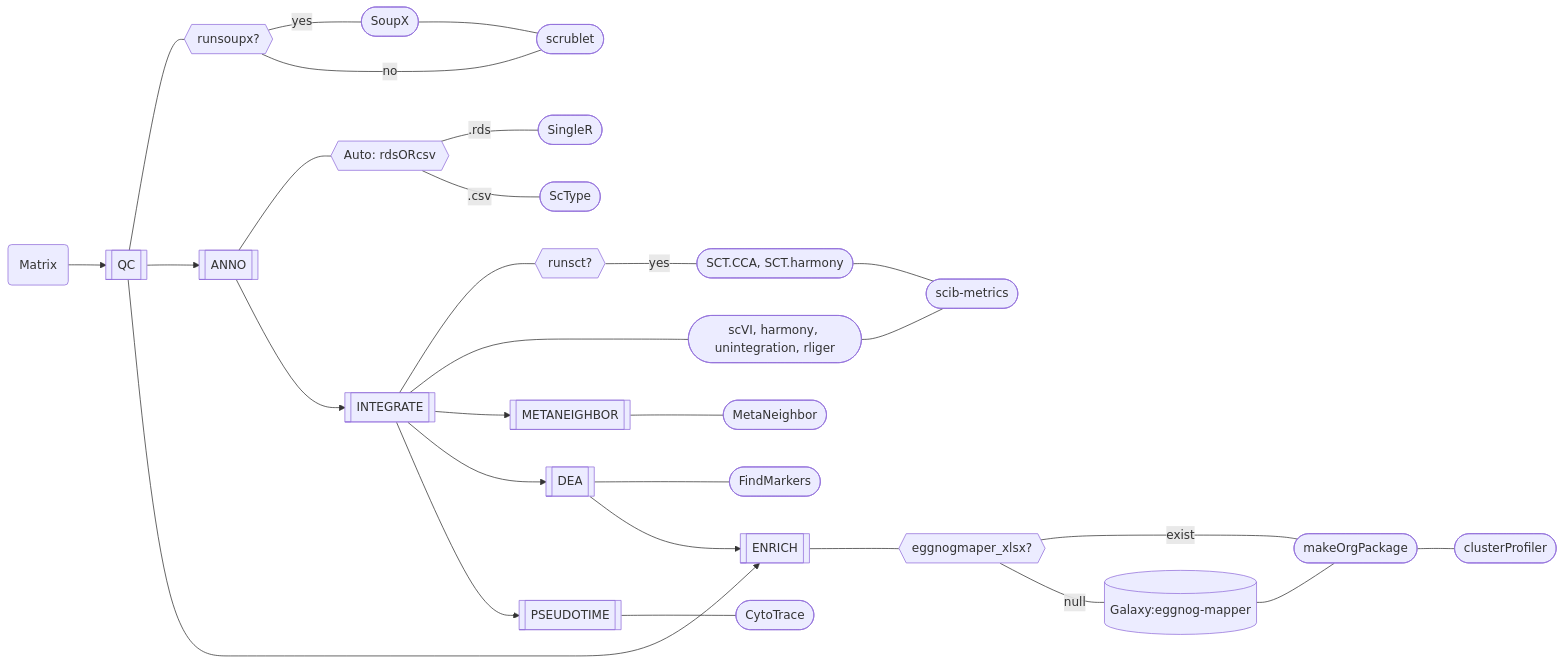
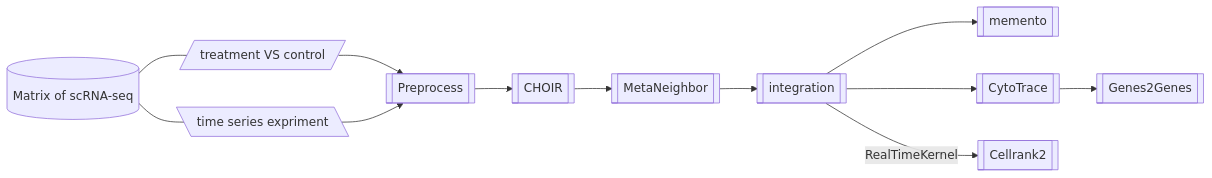
The diagram in README.md (ydgenomics/scLine), drawn with Mermaid before and after one commit. The commit also changed other lines of this file and 3 other files, not shown here.

````diff
--- a/README.md
+++ b/README.md
@@ -83,21 +48,12 @@
 ```mermaid
 flowchart LR
-0(Matrix) --> 1[[QC]]
-1 --- 1.1{{runsoupx?}}
-1.1 ---|yes| 1.2([SoupX]) --- 1.3([scrublet])
-1.1 ---|no| 1.3
-1 --> 2[[ANNO]]
-1 --> 6[[ENRICH]] --- 6.0{{eggnogmaper_xlsx?}}---|exist| 6.1([makeOrgPackage]) --- 6.2([clusterProfiler])
-6.0 ---|null| 6.3[(Galaxy:eggnog-mapper)] --- 6.1
-2 --- 2.1{{Auto: rdsORcsv}}
-2.1 ---|.rds| 2.2([SingleR])
-2.1 ---|.csv| 2.3([ScType])
-2 --> 3[[INTEGRATE]]
-3 --- 3.1{{runsct?}}
-3 --- 3.0([scVI, harmony, unintegration, rliger]) --- 3.3([scib-metrics])
-3.1 ---|yes| 3.2([SCT.CCA, SCT.harmony]) --- 3.3
-3 --> 4[[METANEIGHBOR]] --- 4.1([MetaNeighbor])
-3 --> 5[[DEA]] --- 5.1([FindMarkers])
-5 --> 6
-3 --> 7[[PSEUDOTIME]] --- 7.1([CytoTrace])
+0[(Matrix of scRNA-seq)]
+0 --- 0.1[/treatment VS control/] --> 1[[Preprocess]]
+0 --- 0.2[\time series expriment\] --> 1
+1 --> 2[[CHOIR]]
+2 --> 3[[MetaNeighbor]]
+3 --> 4[[integration]]
+4 --> 5[[memento]] 
+4 --> 6[[CytoTrace]] --> 7[[Genes2Genes]]
+4 -->|RealTimeKernel| 8[[Cellrank2]]
 ```
````
